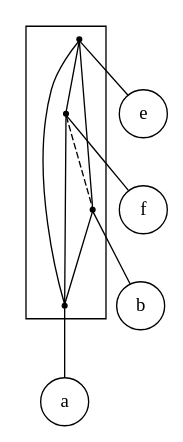
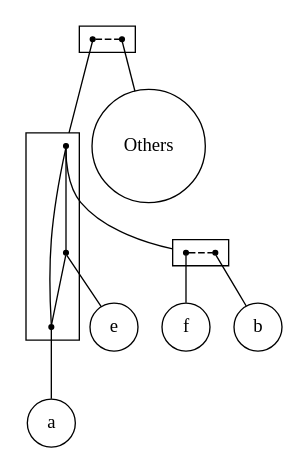
Before and after one commit to lrodrin/TFG: the diagram in src/extension/plain_2-structure.dot, drawn with Graphviz. The commit also changed 8 other files, not shown here.

```diff
--- a/src/extension/plain_2-structure.dot
+++ b/src/extension/plain_2-structure.dot
@@ -1,25 +1,38 @@
 strict digraph "plain_2-structure" {
 compound=true;
 fontname=Verdana;
 fontsize=12;
 newrank=true;
 node [shape=circle];
+Others;
 e;
+a;
 f;
 b;
-a;
+subgraph cluster_ebOthersfa {
+rank=same;
+node [shape=point];
+s_feab -> s_Others  [arrowhead=none, color=black, style=dashed];
+}
+
 subgraph cluster_feab {
 node [shape=point];
-s_e -> s_f  [arrowhead=none, color=black, style=solid];
-s_e -> s_b  [arrowhead=none, color=black, style=solid];
+s_fb -> s_e  [arrowhead=none, color=black, style=solid];
+s_fb -> s_a  [arrowhead=none, color=black, style=solid];
 s_e -> s_a  [arrowhead=none, color=black, style=solid];
-s_f -> s_b  [arrowhead=none, color=black, style=dashed];
-s_f -> s_a  [arrowhead=none, color=black, style=solid];
-s_b -> s_a  [arrowhead=none, color=black, style=solid];
 }
 
+subgraph cluster_fb {
+rank=same;
+node [shape=point];
+s_f -> s_b  [arrowhead=none, color=black, style=dashed];
+}
+
+s_feab -> s_fb  [arrowhead=none, lhead=cluster_feab];
+s_Others -> Others  [arrowhead=none];
+s_fb -> s_f  [arrowhead=none, lhead=cluster_fb];
 s_e -> e  [arrowhead=none];
+s_a -> a  [arrowhead=none];
 s_f -> f  [arrowhead=none];
 s_b -> b  [arrowhead=none];
-s_a -> a  [arrowhead=none];
 }
```
